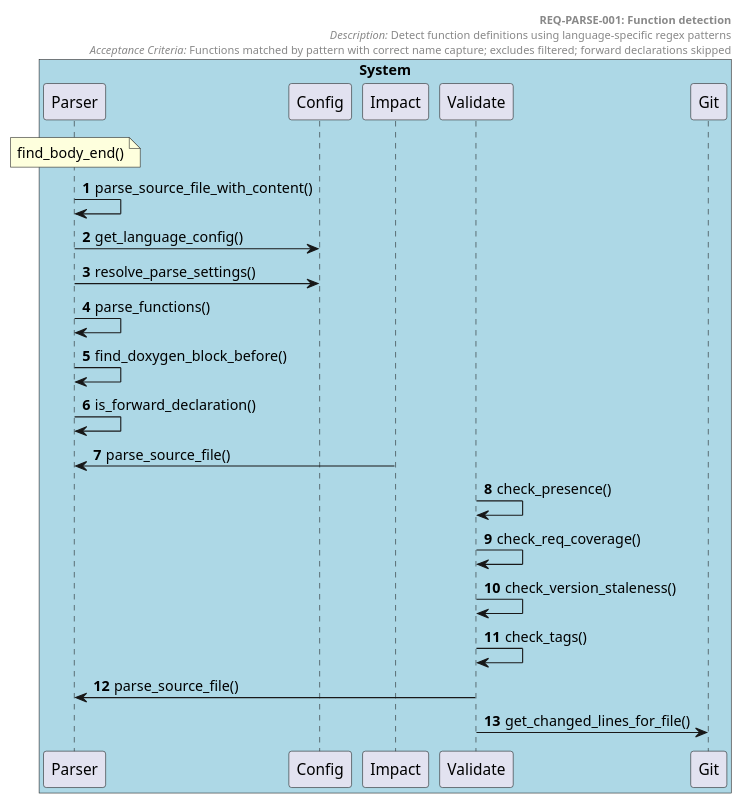
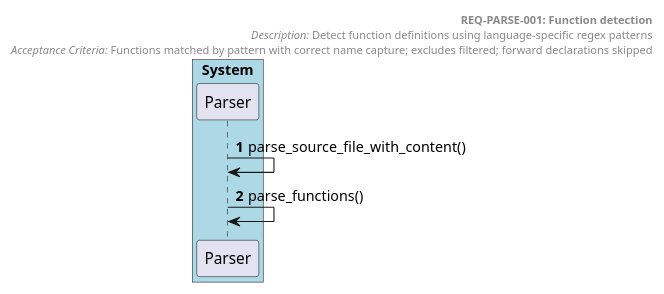
One commit to tvanfossen/doxygen-guard changed the diagram in docs/generated/sequences/REQ-PARSE-001.puml. Above: the diagram before and after it, drawn with PlantUML. The commit also changed 35 other files, not shown here.

First line of the commit message:
Add tree-sitter AST pipeline for behavioral sequence diagrams

```diff
--- a/docs/generated/sequences/REQ-PARSE-001.puml
+++ b/docs/generated/sequences/REQ-PARSE-001.puml
@@ -1,34 +1,18 @@
 @startuml REQ-PARSE-001 Function detection
 autonumber
 
 box "System" #LightBlue
   participant "Parser" as Parser
-  participant "Config" as Config
-  participant "Impact" as Impact
-  participant "Validate" as Validate
-  participant "Git" as Git
 end box
 
 header
   **REQ-PARSE-001: Function detection**
   //Description:// Detect function definitions using language-specific regex patterns
   //Acceptance Criteria:// Functions matched by pattern with correct name capture; excludes filtered; forward declarations skipped
 end header
 
-note over Parser: find_body_end()
 
 Parser -> Parser: parse_source_file_with_content()
-Parser -> Config: get_language_config()
-Parser -> Config: resolve_parse_settings()
 Parser -> Parser: parse_functions()
-Parser -> Parser: find_doxygen_block_before()
-Parser -> Parser: is_forward_declaration()
-Impact -> Parser: parse_source_file()
-Validate -> Validate: check_presence()
-Validate -> Validate: check_req_coverage()
-Validate -> Validate: check_version_staleness()
-Validate -> Validate: check_tags()
-Validate -> Parser: parse_source_file()
-Validate -> Git: get_changed_lines_for_file()
 
 @enduml
```
